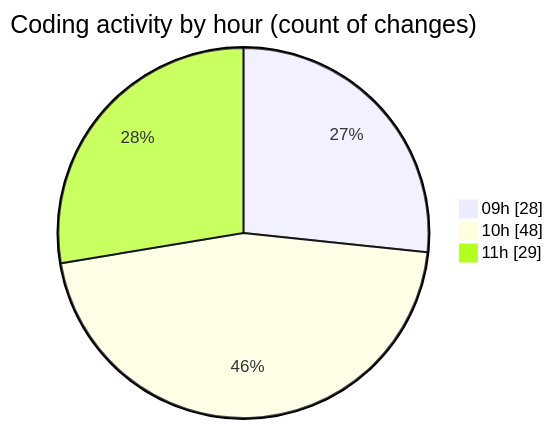
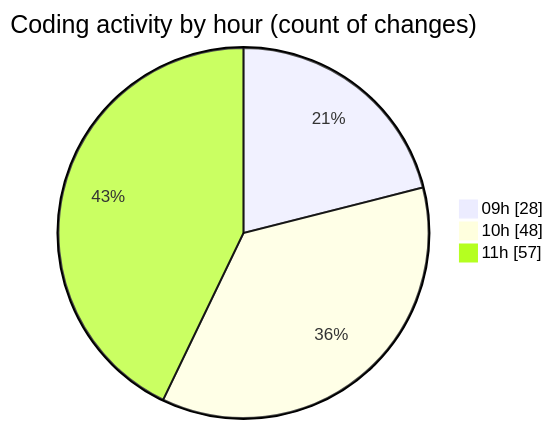
Before and after one commit to momahboobian/code-tracking: the second of 2 diagrams in 2026-07-30/cda/README.md, drawn with Mermaid. The commit also changed other lines of this file and 1 other file, not shown here.

````diff
--- a/2026-07-30/cda/README.md
+++ b/2026-07-30/cda/README.md
@@ -65,7 +65,7 @@
 ```mermaid
 pie showData
 title Coding activity by hour (count of changes)
 "09h" : 28
 "10h" : 48
-"11h" : 29
+"11h" : 57
 ```
````
